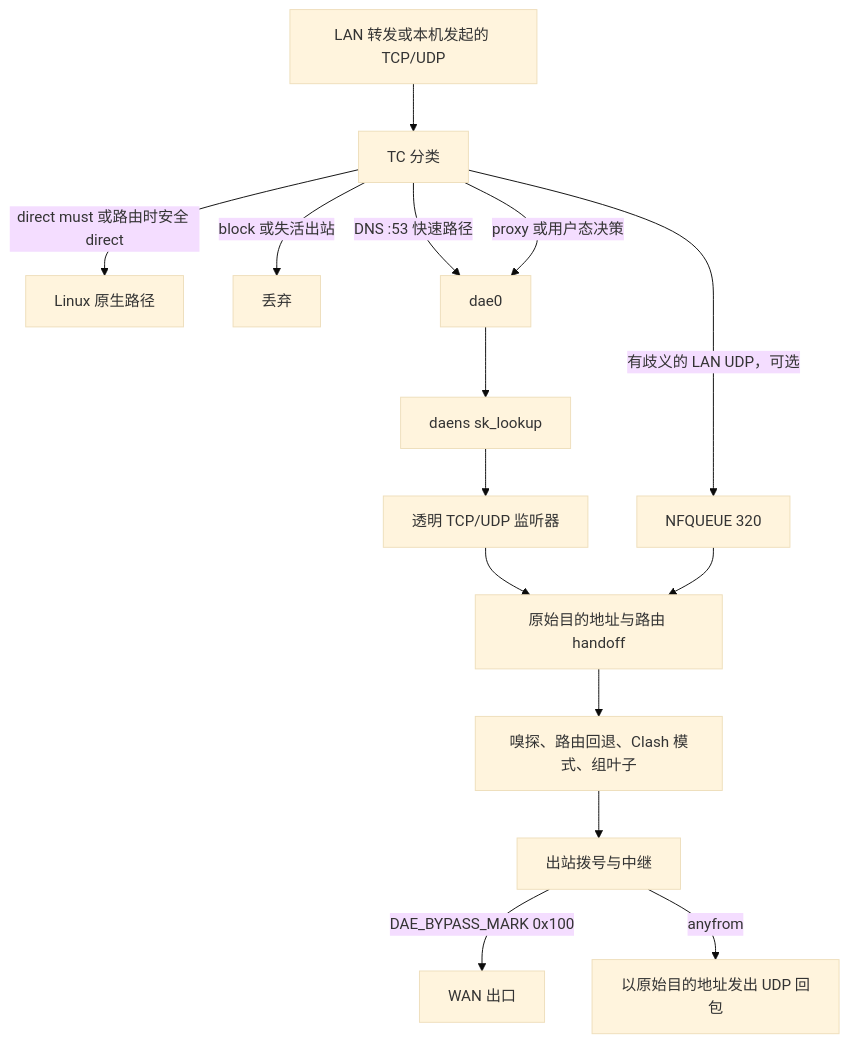
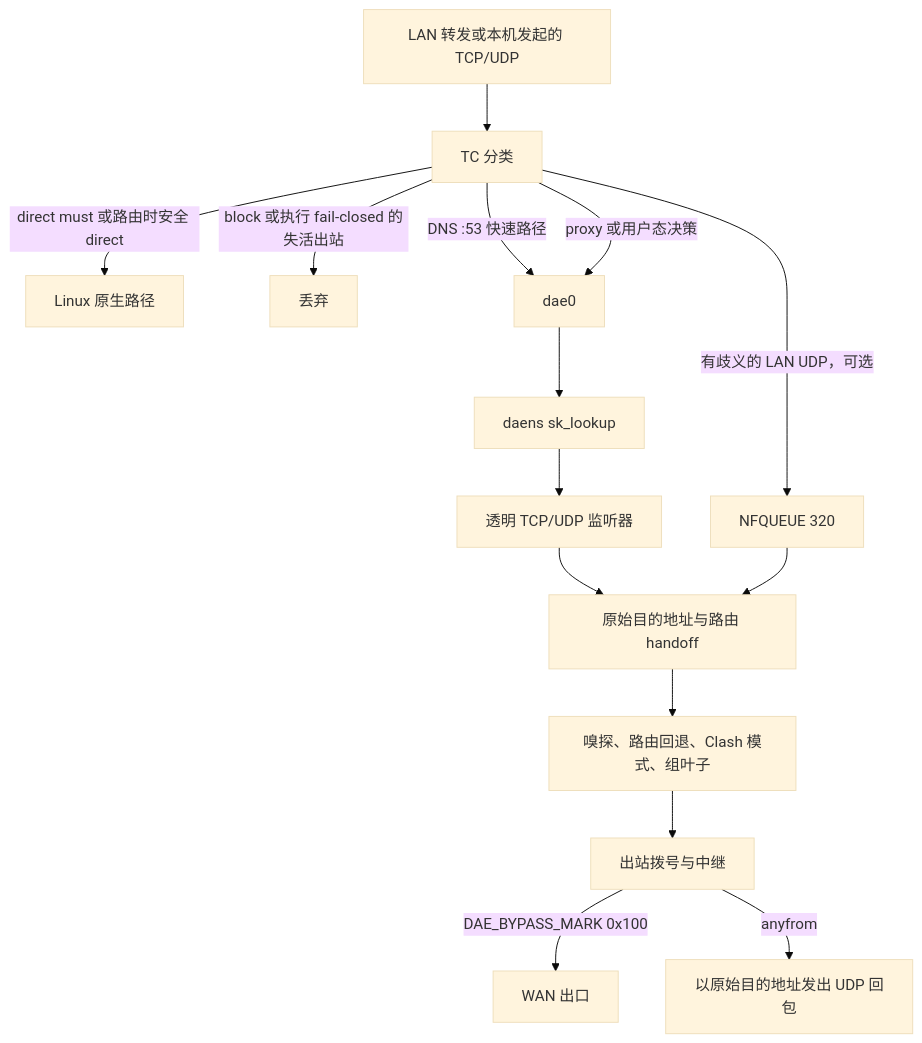
Before and after one commit to Glassyiris/honk: the second of 2 diagrams in doc/zh/design/overview.md, drawn with Mermaid (base theme). The commit also changed other lines of this file and 20 other files, not shown here.

````diff
--- a/doc/zh/design/overview.md
+++ b/doc/zh/design/overview.md
@@ -55,17 +55,17 @@
 ```mermaid
 flowchart TB
   PACKET[LAN 转发或本机发起的 TCP/UDP] --> TC[TC 分类]
   TC -->|direct must 或路由时安全 direct| NATIVE[Linux 原生路径]
-  TC -->|block 或失活出站| DROP[丢弃]
+  TC -->|block 或执行 fail-closed 的失活出站| DROP[丢弃]
   TC -->|DNS :53 快速路径| DAE0[dae0]
   TC -->|proxy 或用户态决策| DAE0
   TC -->|有歧义的 LAN UDP，可选| NFQ[NFQUEUE 320]
   DAE0 --> SK[daens sk_lookup]
   SK --> LISTEN[透明 TCP/UDP 监听器]
   LISTEN --> CP[原始目的地址与路由 handoff]
   NFQ --> CP
   CP --> DECIDE[嗅探、路由回退、Clash 模式、组叶子]
   DECIDE --> DIAL[出站拨号与中继]
   DIAL -->|DAE_BYPASS_MARK 0x100| WAN[WAN 出口]
   DIAL -->|anyfrom| REPLY[以原始目的地址发出 UDP 回包]
 ```
````
